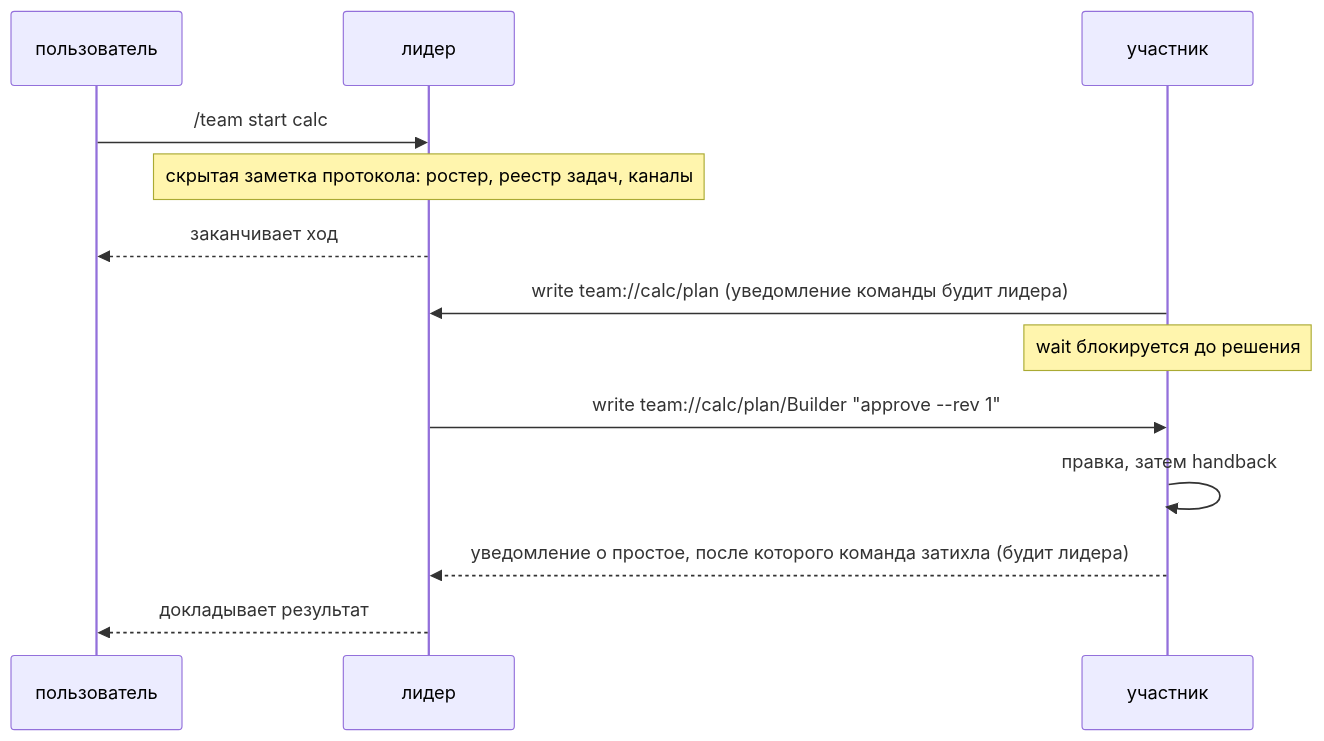
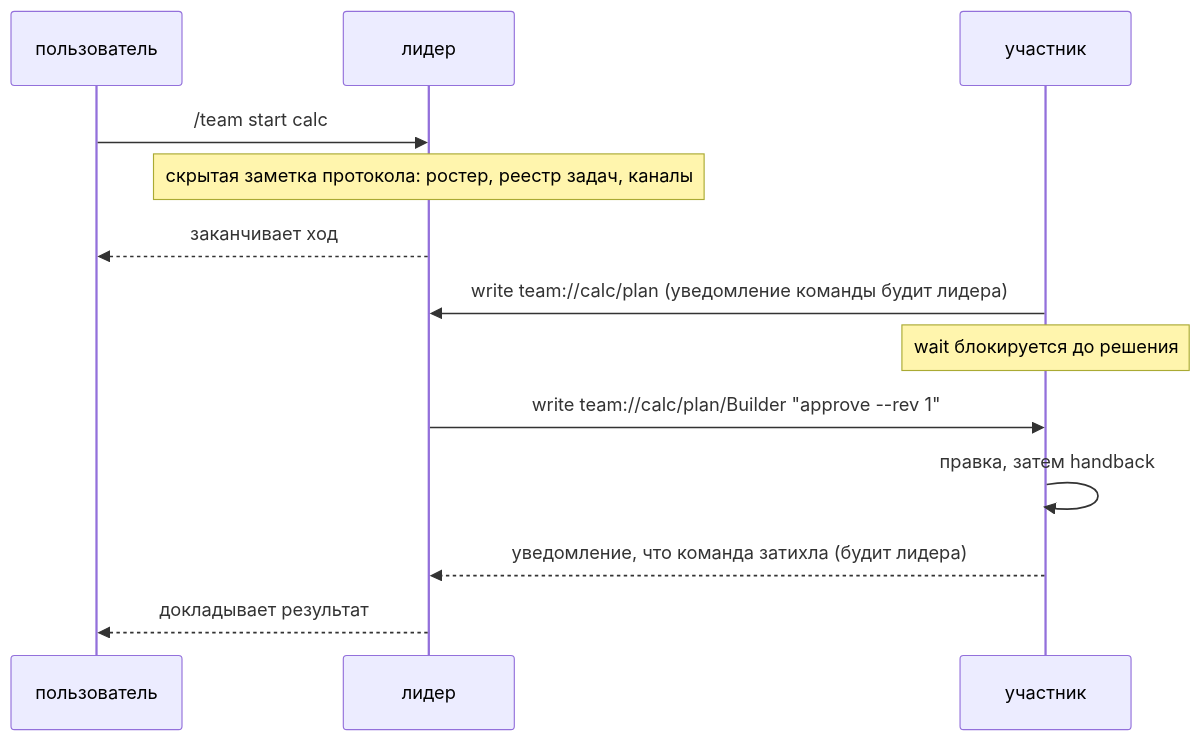
Before and after one commit to spgsroot/oh-my-pi-team-agents: the second of 2 diagrams in README-RU.md, drawn with Mermaid. The commit also changed other lines of this file and 1 other file, not shown here.

````diff
--- a/README-RU.md
+++ b/README-RU.md
@@ -91,15 +91,15 @@
 ```mermaid
 sequenceDiagram
     participant U as пользователь
     participant L as лидер
     participant M as участник
     U->>L: /team start calc
     Note over L: скрытая заметка протокола: ростер, реестр задач, каналы
     L-->>U: заканчивает ход
     M->>L: write team://calc/plan (уведомление команды будит лидера)
     Note over M: wait блокируется до решения
     L->>M: write team://calc/plan/Builder "approve --rev 1"
     M->>M: правка, затем handback
-    M-->>L: уведомление о простое, после которого команда затихла (будит лидера)
+    M-->>L: уведомление, что команда затихла (будит лидера)
     L-->>U: докладывает результат
 ```
````
